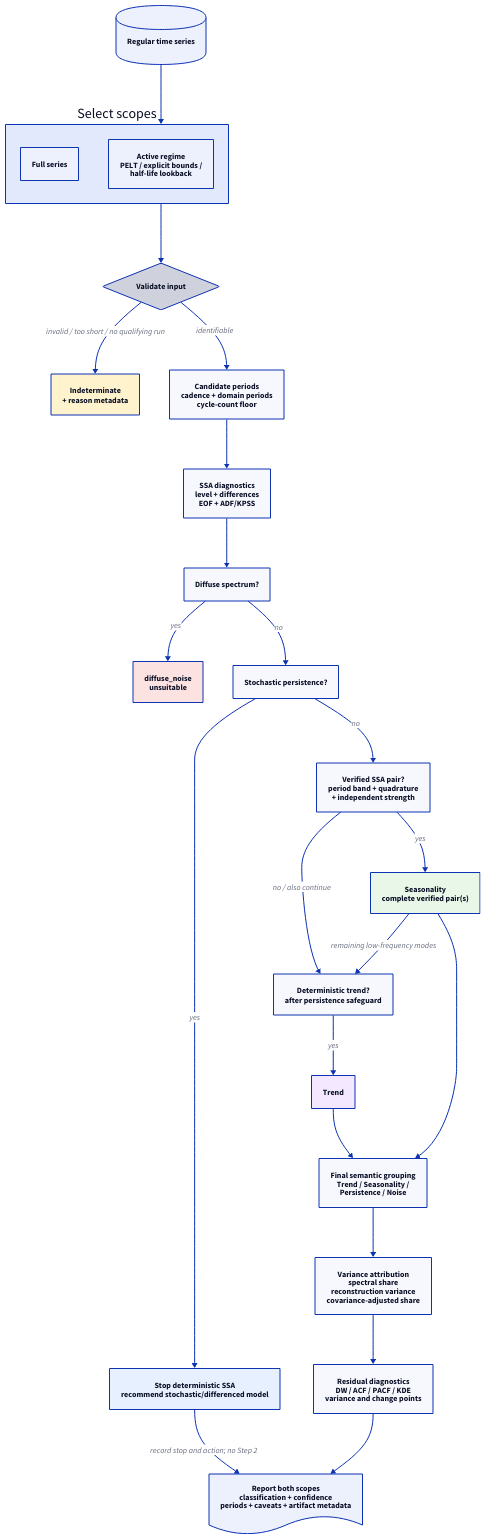
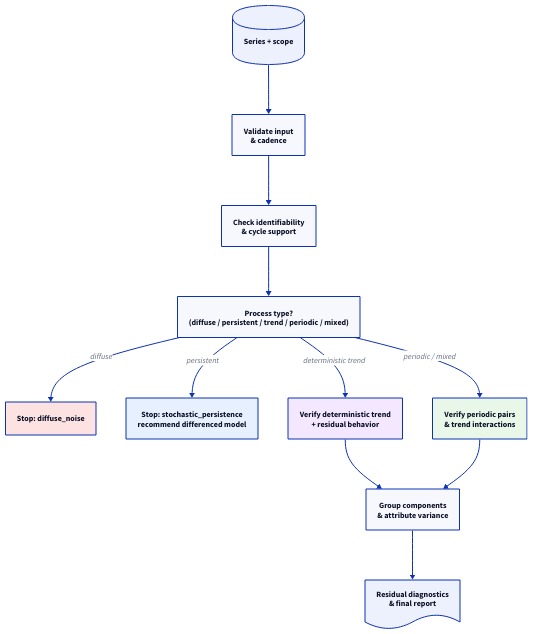
The second of 2 diagrams in documents/decomposition_process_spec.md (rajivsam/tseda), drawn with D2 before and after one commit. The commit also changed other lines of this file, not shown here.

Commit message:
Improved process diagram.

````diff
--- a/documents/decomposition_process_spec.md
+++ b/documents/decomposition_process_spec.md
@@ -619,59 +634,34 @@
 ```d2
 direction: down
 
-input: "Regular time series" {
+series: "Series + scope" {
   shape: cylinder
 }
-scope: "Select scopes" {
-  full: "Full series"
-  active: "Active regime\nPELT / explicit bounds /\nhalf-life lookback"
-}
-validate: "Validate input" {
-  shape: diamond
-}
-indeterminate: "Indeterminate\n+ reason metadata" {
-  style.fill: "#fff3cd"
-}
-periods: "Candidate periods\ncadence + domain periods\ncycle-count floor"
-ssa: "SSA diagnostics\nlevel + differences\nEOF + ADF/KPSS"
-noise: "Diffuse spectrum?"
-noise_result: "diffuse_noise\nunsuitable" {
+validate: "Validate input\n& cadence"
+identify: "Check identifiability\n& cycle support"
+classify: "Process type?\n(diffuse / persistent / trend / periodic / mixed)"
+noise: "Stop: diffuse_noise" {
   style.fill: "#fde2e2"
 }
-persistence: "Stochastic persistence?"
-persistence_group: "Stop deterministic SSA\nrecommend stochastic/differenced model" {
+persistence: "Stop: stochastic_persistence\nrecommend differenced model" {
   style.fill: "#e7f0ff"
 }
-period_pair: "Verified SSA pair?\nperiod band + quadrature\n+ independent strength"
-seasonality: "Seasonality\ncomplete verified pair(s)" {
+trend: "Verify deterministic trend\n+ residual behavior" {
+  style.fill: "#f3e8ff"
+}
+periodic: "Verify periodic pairs\n& trend interactions" {
   style.fill: "#e8f7e8"
 }
-trend: "Deterministic trend?\nafter persistence safeguard"
-trend_group: "Trend" {
-  style.fill: "#f3e8ff"
-}
-group: "Final semantic grouping\nTrend / Seasonality /\nPersistence / Noise"
-variance: "Variance attribution\nspectral share\nreconstruction variance\ncovariance-adjusted share"
-residual: "Residual diagnostics\nDW / ACF / PACF / KDE\nvariance and change points"
-report: "Report both scopes\nclassification + confidence\nperiods + caveats + artifact metadata" {
+component: "Group components\n& attribute variance"
+residual: "Residual diagnostics\n& final report" {
   shape: document
 }
 
-input -> scope -> validate
-validate -> indeterminate: "invalid / too short / no qualifying run"
-validate -> periods: "identifiable"
-periods -> ssa
-ssa -> noise
-noise -> noise_result: "yes"
-noise -> persistence: "no"
-persistence -> persistence_group: "yes"
-persistence -> period_pair: "no"
-period_pair -> seasonality: "yes"
-period_pair -> trend: "no / also continue"
-persistence_group -> report: "record stop and action; no Step 2"
-seasonality -> trend: "remaining low-frequency modes"
-trend -> trend_group: "yes"
-trend_group -> group
-seasonality -> group
-group -> variance -> residual -> report
+series -> validate -> identify -> classify
+classify -> noise: "diffuse"
+classify -> persistence: "persistent"
+classify -> trend: "deterministic trend"
+classify -> periodic: "periodic / mixed"
+trend -> component
+periodic -> component -> residual
 ```
````
